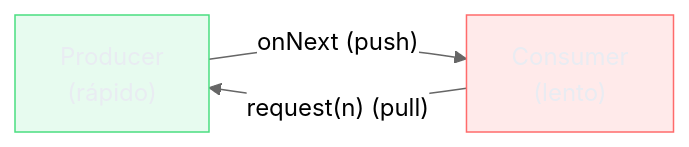
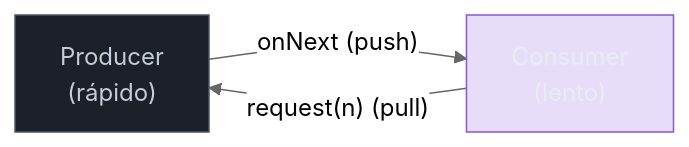
One commit to josenaldo/codex-technomanticus changed the sixth of 7 diagrams in 03-Dominios/Ciência/Paradigmas/12 - Programação reativa e dataflow.md. Above: the diagram before and after it, drawn with Mermaid (neutral theme). The commit also changed other lines of this file and 601 other files, not shown here.

````diff
--- a/03-Dominios/Ciência/Paradigmas/12 - Programação reativa e dataflow.md
+++ b/03-Dominios/Ciência/Paradigmas/12 - Programação reativa e dataflow.md
@@ -217,9 +217,9 @@
 ```mermaid
 flowchart LR
-    classDef ok fill:#4ADE8021,stroke:#4ADE80,color:#E9ECF2
-    classDef falha fill:#FF6B6B24,stroke:#FF6B6B,color:#E9ECF2
+    classDef marca fill:#8855DF33,stroke:#8855DF,color:#E9ECF2
+    classDef neutro fill:#1B2029,stroke:#4E5666,color:#C6CCD8
     P["Producer<br/>(rápido)"] -- "onNext (push)" --> C["Consumer<br/>(lento)"]
     C -- "request(n) (pull)" --> P
-    class P ok
-    class C falha
+    class P neutro
+    class C marca
 ```
````
